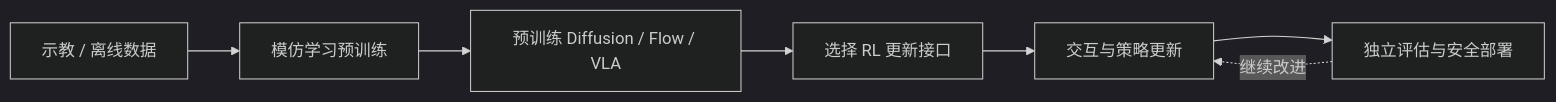
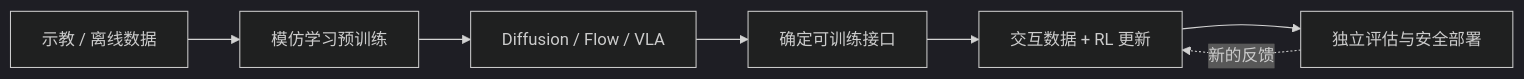
Before and after one commit to zengxiong111/Foundation_of_Embodied_AI: the first of 4 diagrams in md/RL_Post_Training_ZH.md, drawn with Mermaid (dark theme). The commit also changed other lines of this file and 24 other files, not shown here.

````diff
--- a/md/RL_Post_Training_ZH.md
+++ b/md/RL_Post_Training_ZH.md
@@ -31,10 +18,9 @@
 ```mermaid
-%% FIG: pipeline
 flowchart LR
   D["示教 / 离线数据"] --> P["模仿学习预训练"]
-  P --> B["预训练 Diffusion / Flow / VLA"]
-  B --> R["选择 RL 更新接口"]
-  R --> U["交互与策略更新"]
-  U --> E["独立评估与安全部署"]
-  E -.->|继续改进| U
+  P --> B["Diffusion / Flow / VLA"]
+  B --> I["确定可训练接口"]
+  I --> T["交互数据 + RL 更新"]
+  T --> E["独立评估与安全部署"]
+  E -.->|新的反馈| T
 ```
````
